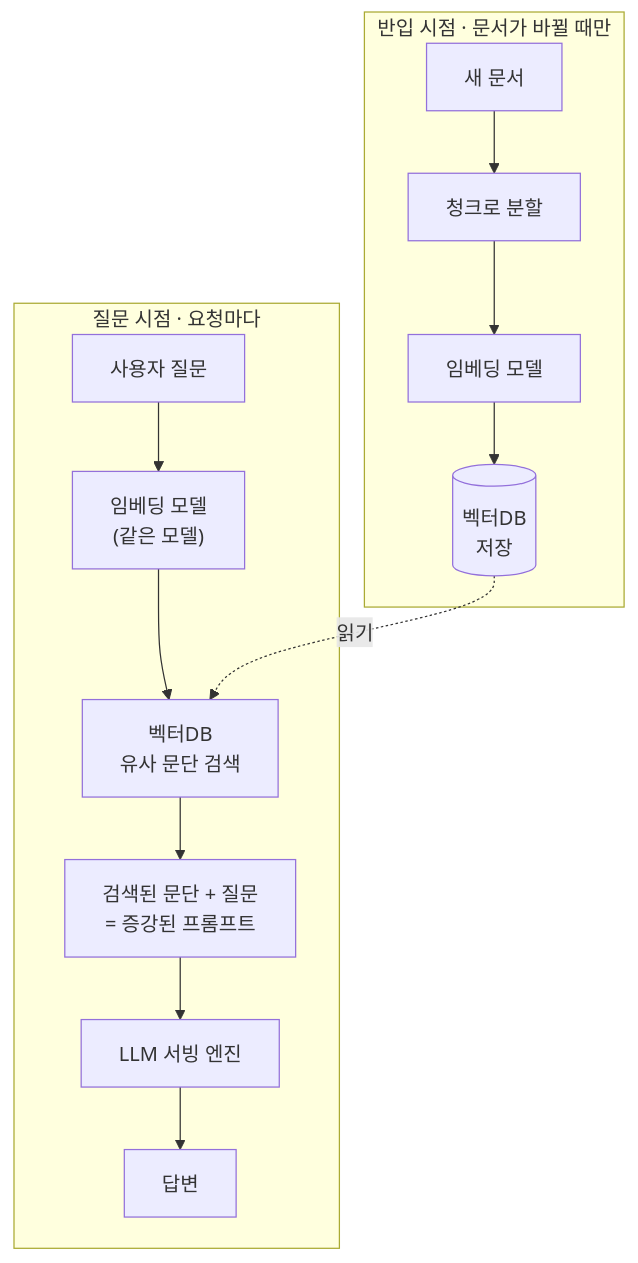
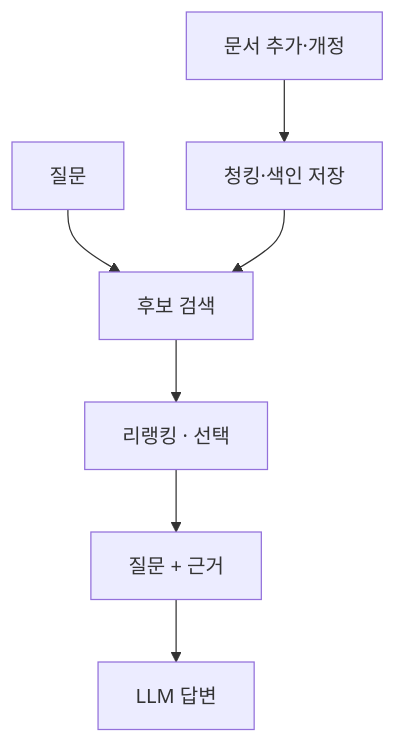
One commit to benyy0101/llm-from-scratch changed the diagram in vault/concepts/RAG.md. Above: the diagram before and after it, drawn with Mermaid. The commit also changed other lines of this file and 19 other files, not shown here.

````diff
--- a/vault/concepts/RAG.md
+++ b/vault/concepts/RAG.md
@@ -17,12 +15,7 @@
 ```mermaid
-flowchart TB
-    subgraph OFFLINE["반입 시점 · 문서가 바뀔 때만"]
-        D["새 문서"] --> CH["청크로 분할"] --> EMB1["임베딩 모델"] --> VDB[("벡터DB\n저장")]
-    end
-
-    subgraph ONLINE["질문 시점 · 요청마다"]
-        Q["사용자 질문"] --> EMB2["임베딩 모델\n(같은 모델)"] --> SEARCH["벡터DB\n유사 문단 검색"]
-        VDB -.읽기.-> SEARCH
-        SEARCH --> PROMPT["검색된 문단 + 질문\n= 증강된 프롬프트"] --> LLM["LLM 서빙 엔진"] --> ANS["답변"]
-    end
+flowchart TD
+    D["문서 추가·개정"] --> I["청킹·색인 저장"]
+    Q["질문"] --> S["후보 검색"]
+    I --> S
+    S --> R["리랭킹 · 선택"] --> C["질문 + 근거"] --> A["LLM 답변"]
 ```
````
